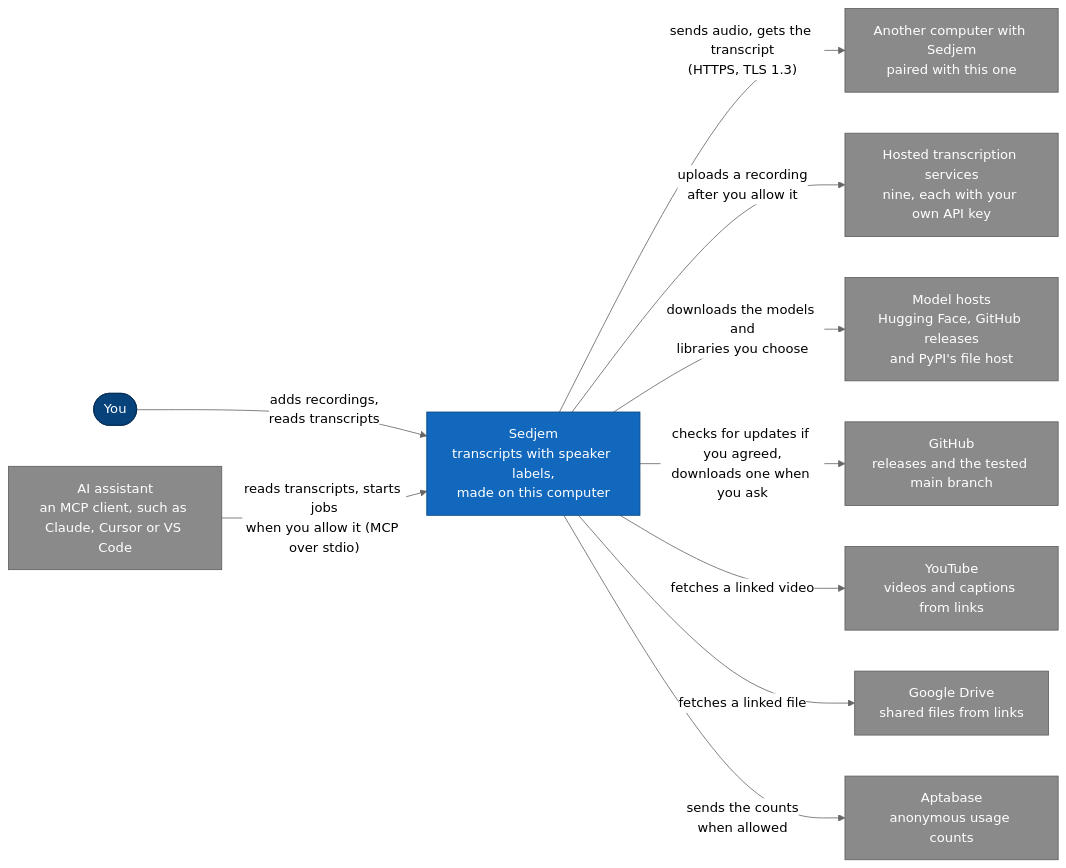
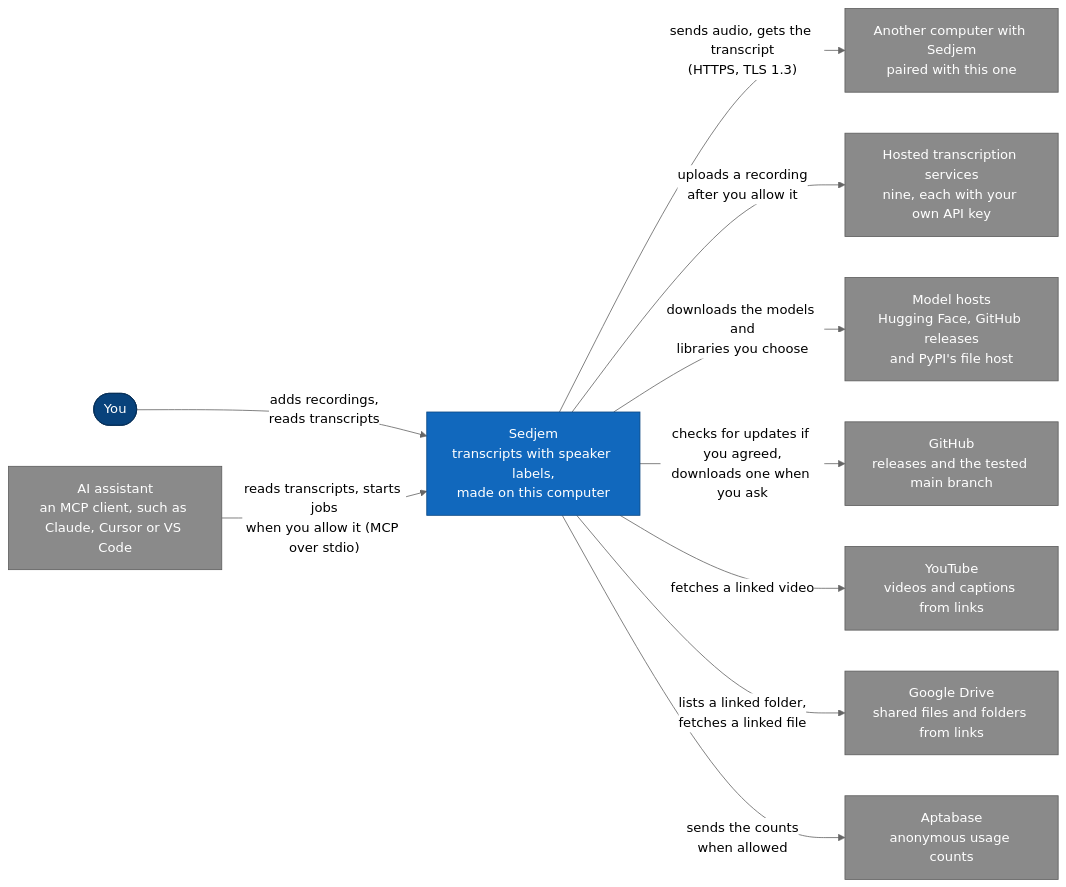
One commit to MohammedEl-sayedAhmed/sedjem changed the first of 3 diagrams in docs/16-architecture.md. Above: the diagram before and after it, drawn with Mermaid (neutral theme). The commit also changed 23 other files, not shown here.

First line of the commit message:
Links: Google Drive folders as courses (#141)

````diff
--- a/docs/16-architecture.md
+++ b/docs/16-architecture.md
@@ -14,30 +14,30 @@
 ```mermaid
 flowchart LR
   you(["You"])
   assistant["AI assistant<br/>an MCP client, such as Claude, Cursor or VS Code"]
   sedjem["Sedjem<br/>transcripts with speaker labels,<br/>made on this computer"]
   other["Another computer with Sedjem<br/>paired with this one"]
   hosted["Hosted transcription services<br/>nine, each with your own API key"]
   models["Model hosts<br/>Hugging Face, GitHub releases<br/>and PyPI's file host"]
   github["GitHub<br/>releases and the tested main branch"]
   youtube["YouTube<br/>videos and captions from links"]
-  gdrive["Google Drive<br/>shared files from links"]
+  gdrive["Google Drive<br/>shared files and folders from links"]
   aptabase["Aptabase<br/>anonymous usage counts"]
 
   you -->|"adds recordings,<br/>reads transcripts"| sedjem
   assistant -->|"reads transcripts, starts jobs<br/>when you allow it (MCP over stdio)"| sedjem
   sedjem -->|"sends audio, gets the transcript<br/>(HTTPS, TLS 1.3)"| other
   sedjem -->|"uploads a recording<br/>after you allow it"| hosted
   sedjem -->|"downloads the models and<br/>libraries you choose"| models
   sedjem -->|"checks for updates if you agreed,<br/>downloads one when you ask"| github
   sedjem -->|"fetches a linked video"| youtube
-  sedjem -->|"fetches a linked file"| gdrive
+  sedjem -->|"lists a linked folder,<br/>fetches a linked file"| gdrive
   sedjem -->|"sends the counts<br/>when allowed"| aptabase
 
   classDef person fill:#08427b,stroke:#052e56,color:#fff
   classDef system fill:#1168bd,stroke:#0b4884,color:#fff
   classDef external fill:#8a8a8a,stroke:#5e5e5e,color:#fff
   class you person
   class sedjem system
   class assistant,other,hosted,models,github,youtube,gdrive,aptabase external
 ```
````
